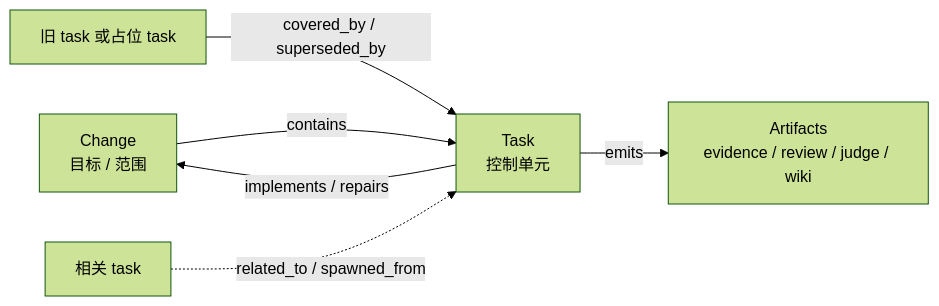
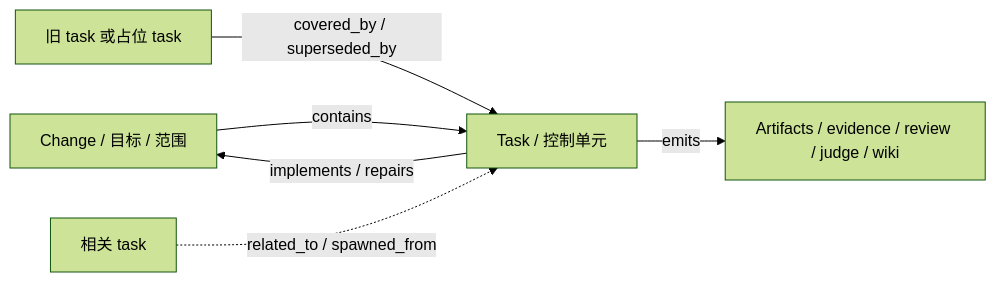
One commit to geebytes/kata changed the third of 6 diagrams in README_ZH.md. Above: the diagram before and after it, drawn with Mermaid (forest theme). The commit also changed other lines of this file and 1 other file, not shown here.

Commit message:
docs: fix mermaid diagrams — replace br tags with plain text separators

````diff
--- a/README_ZH.md
+++ b/README_ZH.md
@@ -129,8 +129,8 @@
 ```mermaid
 flowchart LR
-    CH["Change<br/>目标 / 范围"] -->|contains| T["Task<br/>控制单元"]
+    CH["Change / 目标 / 范围"] -->|contains| T["Task / 控制单元"]
     T -->|implements / repairs| CH
-    T -->|emits| ART["Artifacts<br/>evidence / review / judge / wiki"]
+    T -->|emits| ART["Artifacts / evidence / review / judge / wiki"]
     OLD["旧 task 或占位 task"] -->|covered_by / superseded_by| T
     T2["相关 task"] -. "related_to / spawned_from" .-> T
 ```
````
